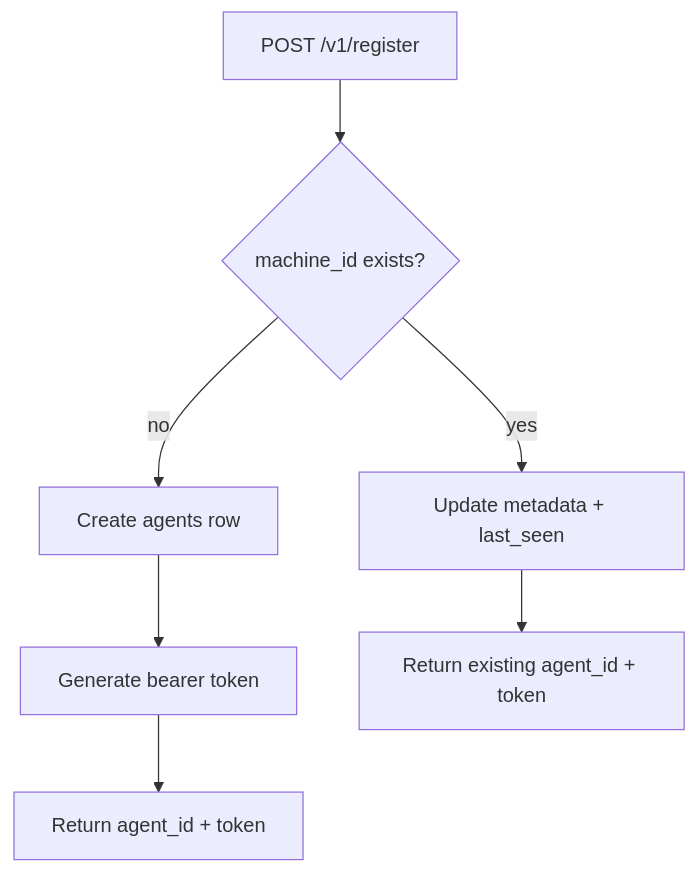
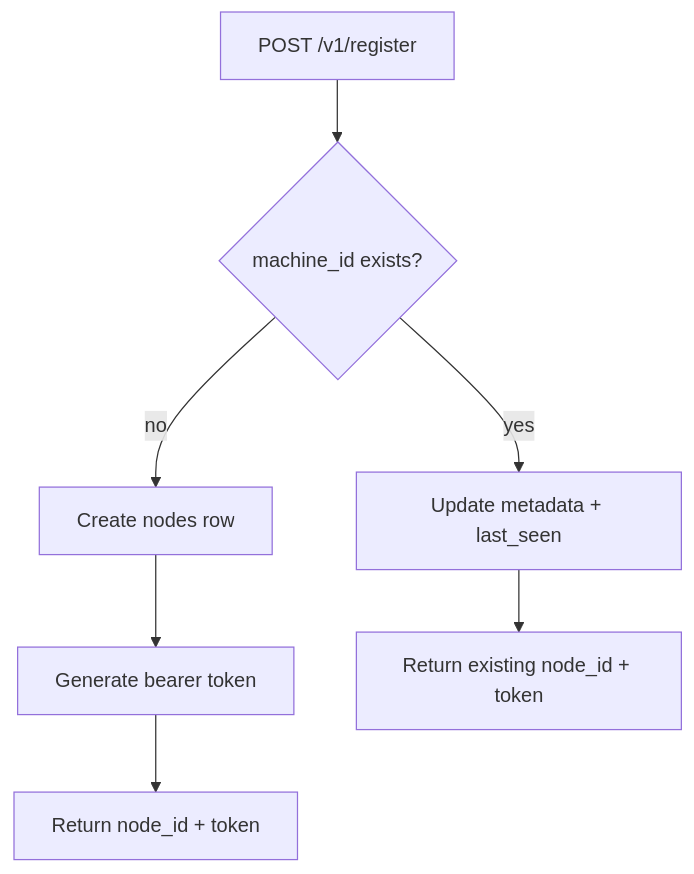
One commit to sunday-studio/orion changed the second of 6 diagrams in docs/architecture/data-ingestion.md. Above: the diagram before and after it, drawn with Mermaid. The commit also changed other lines of this file and 815 other files, not shown here.

First line of the commit message:
refactor(repo): rename agent to node, mechanical part

````diff
--- a/docs/architecture/data-ingestion.md
+++ b/docs/architecture/data-ingestion.md
@@ -64,9 +64,9 @@
 ```mermaid
 flowchart TD
   Register["POST /v1/register"] --> Lookup{"machine_id exists?"}
-  Lookup -- "no" --> Create["Create agents row"]
+  Lookup -- "no" --> Create["Create nodes row"]
   Create --> Token["Generate bearer token"]
-  Token --> ReturnNew["Return agent_id + token"]
+  Token --> ReturnNew["Return node_id + token"]
   Lookup -- "yes" --> Update["Update metadata + last_seen"]
-  Update --> ReturnExisting["Return existing agent_id + token"]
+  Update --> ReturnExisting["Return existing node_id + token"]
 ```
````
